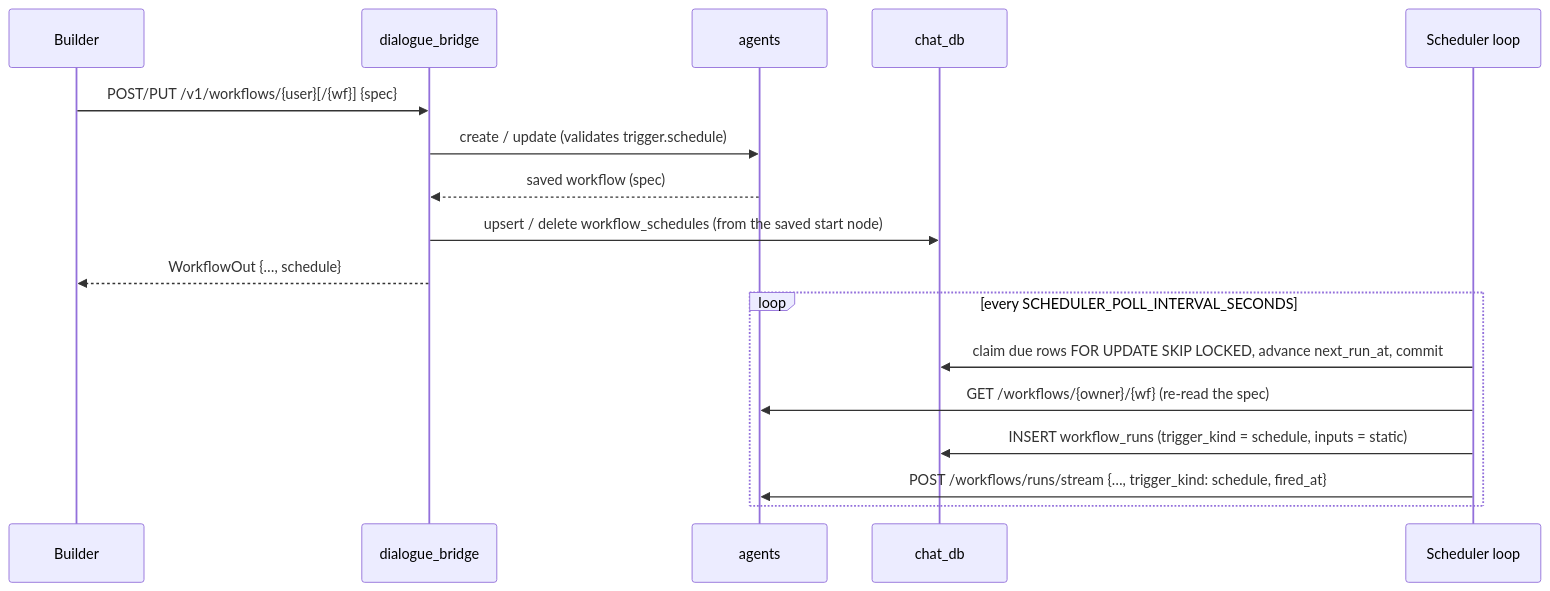
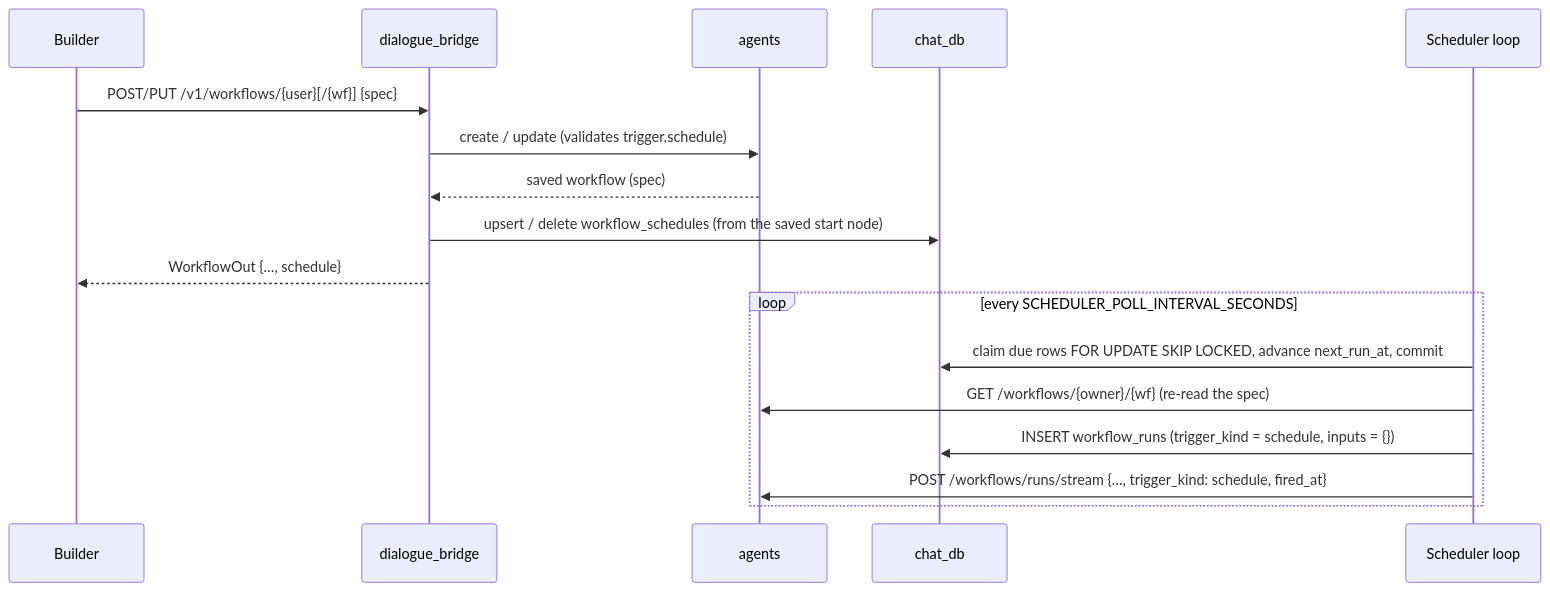
One commit to konstantinosmpouros/mAgenticX changed the fifth of 5 diagrams in docs/flows/workflows.md. Above: the diagram before and after it, drawn with Mermaid. The commit also changed other lines of this file and 75 other files, not shown here.

````diff
--- a/docs/flows/workflows.md
+++ b/docs/flows/workflows.md
@@ -438,20 +458,20 @@
 ```mermaid
 sequenceDiagram
     participant UI as Builder
     participant B as dialogue_bridge
     participant A as agents
     participant DB as chat_db
     participant S as Scheduler loop
 
     UI->>B: POST/PUT /v1/workflows/{user}[/{wf}] {spec}
     B->>A: create / update (validates trigger.schedule)
     A-->>B: saved workflow (spec)
     B->>DB: upsert / delete workflow_schedules (from the saved start node)
     B-->>UI: WorkflowOut {…, schedule}
     loop every SCHEDULER_POLL_INTERVAL_SECONDS
         S->>DB: claim due rows FOR UPDATE SKIP LOCKED, advance next_run_at, commit
         S->>A: GET /workflows/{owner}/{wf} (re-read the spec)
-        S->>DB: INSERT workflow_runs (trigger_kind = schedule, inputs = static)
+        S->>DB: INSERT workflow_runs (trigger_kind = schedule, inputs = {})
         S->>A: POST /workflows/runs/stream {…, trigger_kind: schedule, fired_at}
     end
 ```
````
